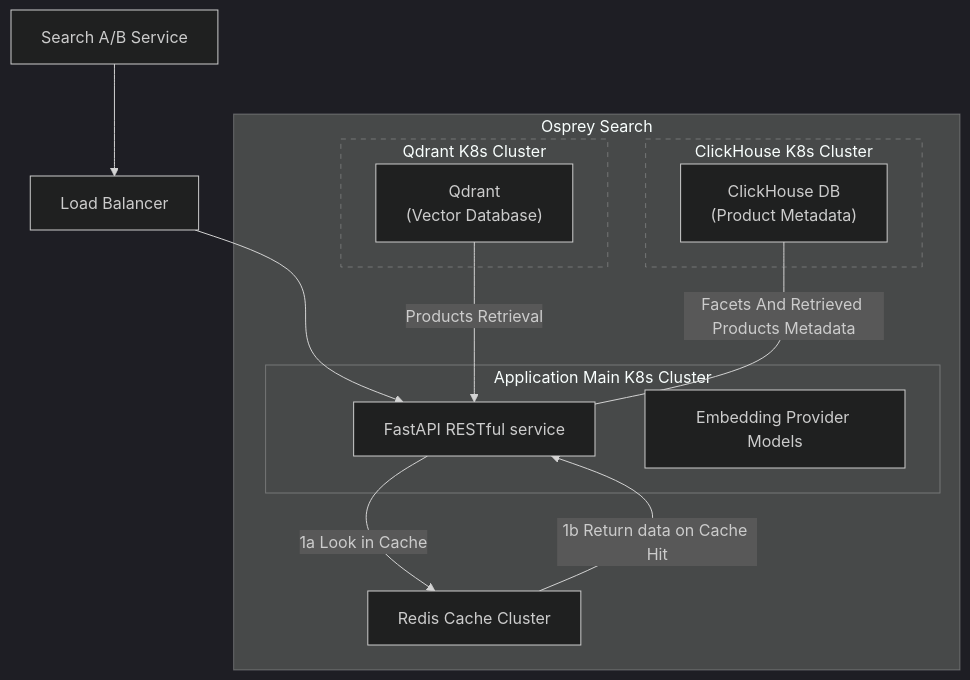
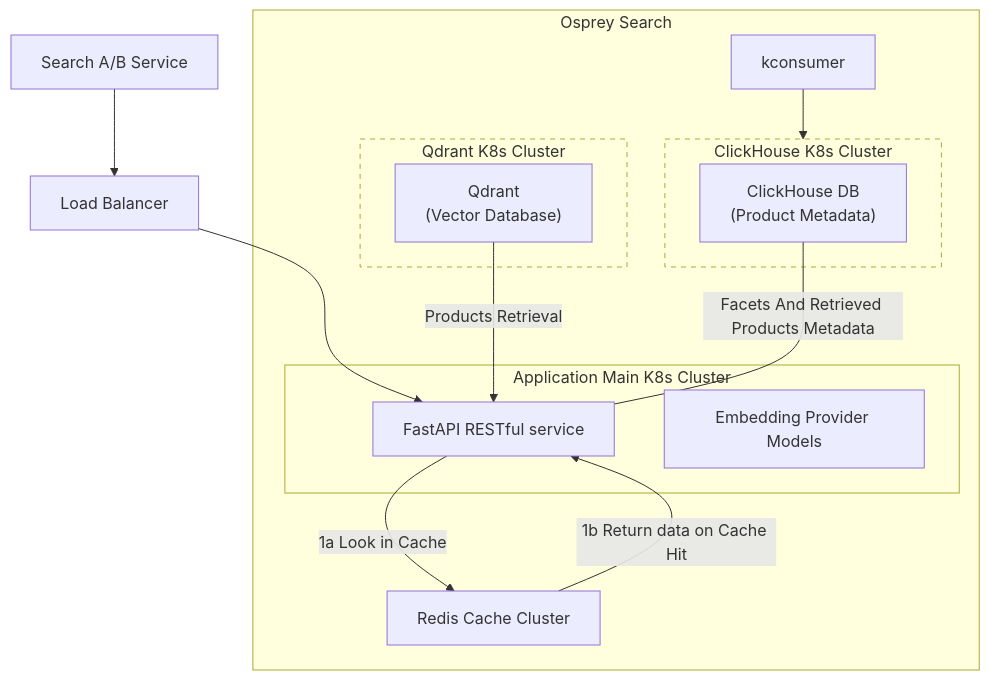
One commit to caiferris/qtact changed the diagram in osprey_search_ARCHITECTURE.md. Above: the diagram before and after it, drawn with Mermaid. The commit also changed other lines of this file, not shown here.

Commit message:
Updated osprey doc

````diff
--- a/osprey_search_ARCHITECTURE.md
+++ b/osprey_search_ARCHITECTURE.md
@@ -45,35 +44,31 @@
 ```mermaid
-%%{
-  init: {
-    'theme': 'dark'
-  }
-}%%
 graph 
   query["Search A/B Service"]
   load_balancer["Load Balancer"]
   api_server["FastAPI RESTful service"]
   embedding_model["Embedding Provider Models"]
   redis["Redis Cache Cluster"]
   qdrant_vdb["`Qdrant
 (Vector Database)`"]
   clickhouse_cdb["`ClickHouse DB
 (Product Metadata)`"]
   query --> load_balancer --> api_server
 subgraph parent_subgraph["Osprey Search"]
   api_server -- 1a Look in Cache --> redis
   redis -- 1b Return data on Cache Hit --> api_server
   subgraph sub_graph_group1["Application Main K8s Cluster"]
     style sub_graph_group1 stroke: 5, 5
     api_server
     embedding_model
   end
   subgraph qdrant_cluster["Qdrant K8s Cluster"]
     style qdrant_cluster stroke-dasharray: 5, 5
     qdrant_vdb -- Products Retrieval --> api_server
   end
   subgraph clickhouse_cluster["ClickHouse K8s Cluster"]
     style clickhouse_cluster stroke-dasharray: 5, 5
     clickhouse_cdb -- Facets And Retrieved Products Metadata --- api_server
   end
+  kconsumer --> clickhouse_cluster
 end
 ```
````
